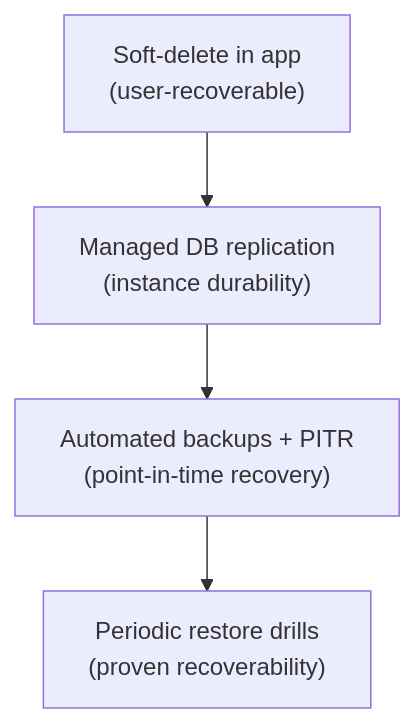
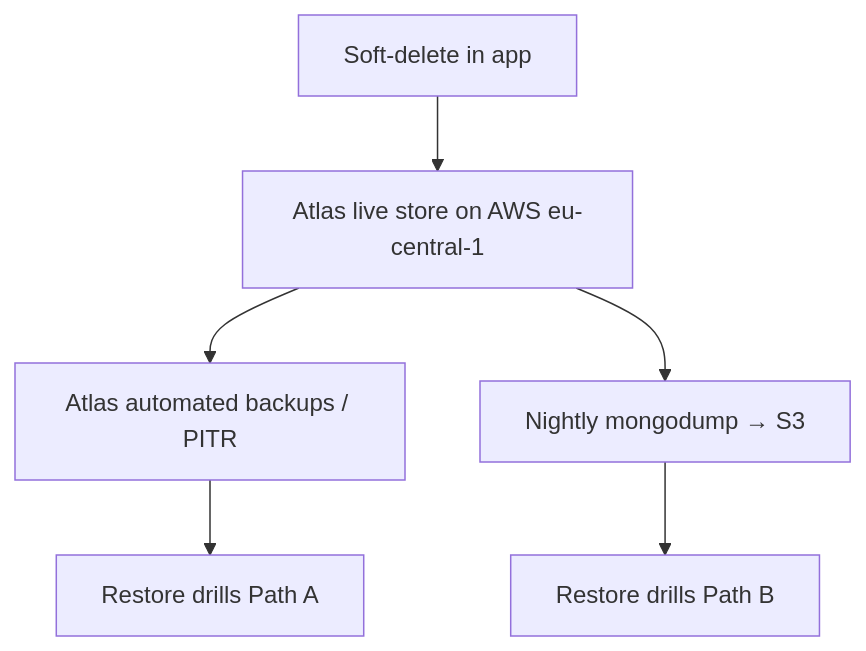
The diagram in docs/05-operations/backup-recovery.md (ahmedmshazly/trace-app), drawn with Mermaid before and after one commit. The commit also changed other lines of this file and 7 other files, not shown here.

First line of the commit message:
ops: add Atlas+S3 durability overlay (OIDC nightly mongodump)

````diff
--- a/docs/05-operations/backup-recovery.md
+++ b/docs/05-operations/backup-recovery.md
@@ -66,6 +33,8 @@
 ```mermaid
 flowchart TB
-    A["Soft-delete in app<br/>(user-recoverable)"] --> B["Managed DB replication<br/>(instance durability)"]
-    B --> C["Automated backups + PITR<br/>(point-in-time recovery)"]
-    C --> D["Periodic restore drills<br/>(proven recoverability)"]
+    soft["Soft-delete in app"] --> live["Atlas live store on AWS eu-central-1"]
+    live --> pitr["Atlas automated backups / PITR"]
+    live --> s3["Nightly mongodump → S3"]
+    pitr --> drill["Restore drills Path A"]
+    s3 --> drillB["Restore drills Path B"]
 ```
````
